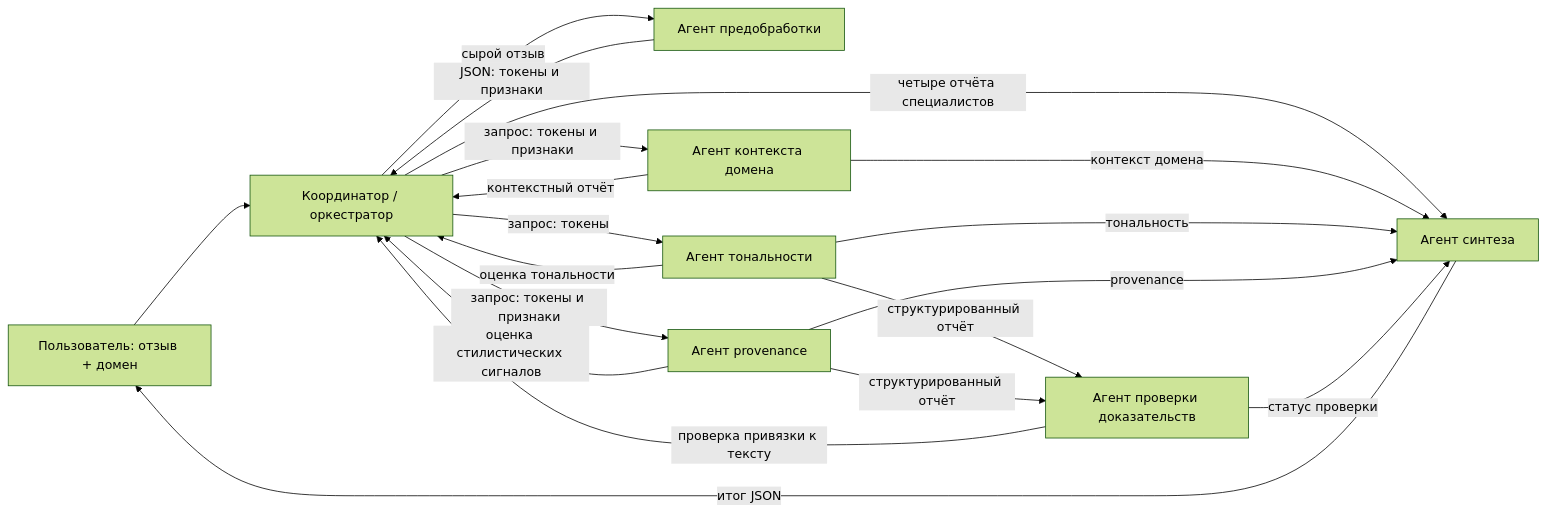
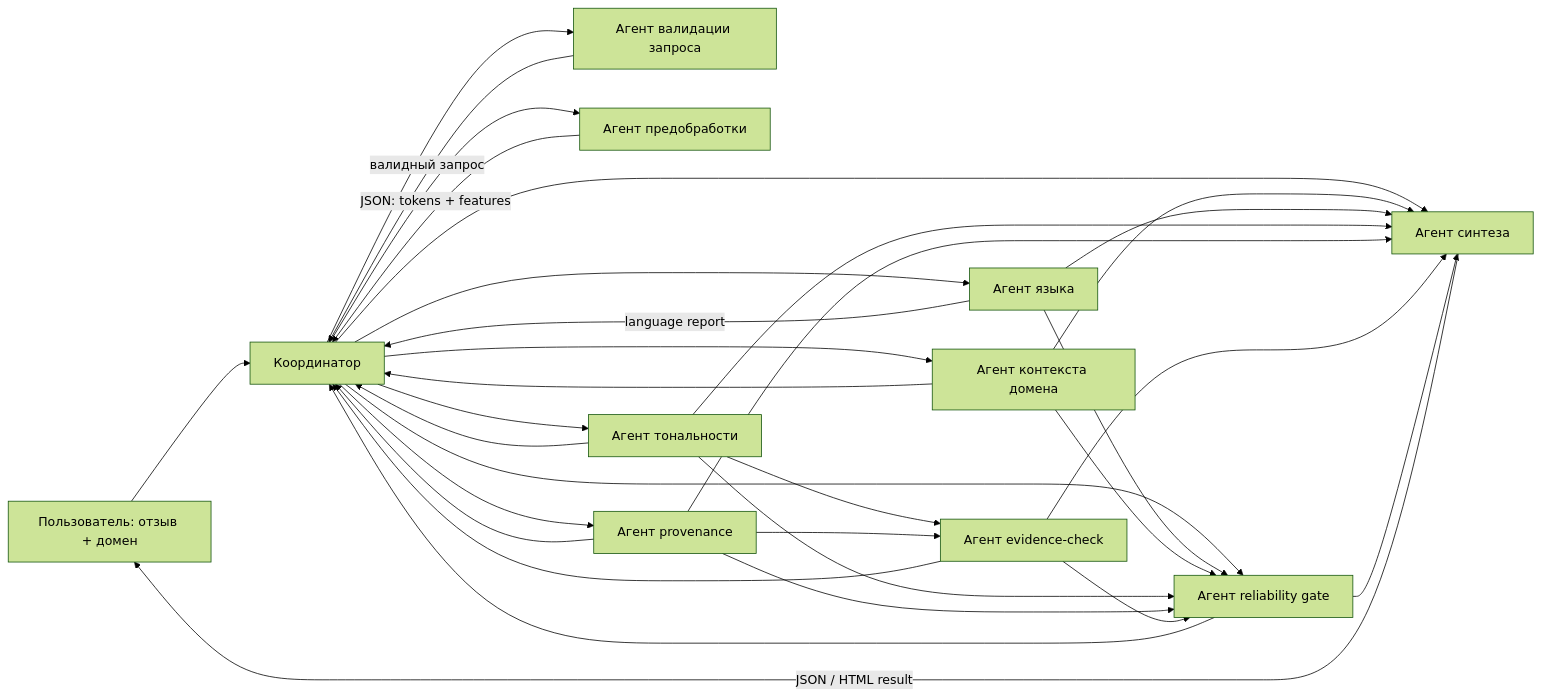
Before and after one commit to Svoppy/multi-agent-system: the diagram in docs/architecture.md, drawn with Mermaid (forest theme). The commit also changed other lines of this file and 31 other files, not shown here.

````diff
--- a/docs/architecture.md
+++ b/docs/architecture.md
@@ -13,21 +13,34 @@
 ```mermaid
 flowchart LR
-    U[Пользователь: отзыв + домен] --> O[Координатор / оркестратор]
-    O -->|сырой отзыв| R[Агент предобработки]
-    R -->|JSON: токены и признаки| O
-    O -->|запрос: токены и признаки| C[Агент контекста домена]
-    O -->|запрос: токены| S[Агент тональности]
-    O -->|запрос: токены и признаки| P[Агент provenance]
-    C -->|контекстный отчёт| O
-    S -->|оценка тональности| O
-    P -->|оценка стилистических сигналов| O
-    S -->|структурированный отчёт| E[Агент проверки доказательств]
-    P -->|структурированный отчёт| E
-    E -->|проверка привязки к тексту| O
-    O -->|четыре отчёта специалистов| Y[Агент синтеза]
-    C -->|контекст домена| Y
-    S -->|тональность| Y
-    P -->|provenance| Y
-    E -->|статус проверки| Y
-    Y -->|итог JSON| U
+    U[Пользователь: отзыв + домен] --> O[Координатор]
+    O --> V[Агент валидации запроса]
+    V -->|валидный запрос| O
+    O --> P[Агент предобработки]
+    P -->|JSON: tokens + features| O
+    O --> L[Агент языка]
+    L -->|language report| O
+    O --> C[Агент контекста домена]
+    O --> S[Агент тональности]
+    O --> G[Агент provenance]
+    C --> O
+    S --> O
+    G --> O
+    S --> E[Агент evidence-check]
+    G --> E
+    E --> O
+    O --> R[Агент reliability gate]
+    L --> R
+    C --> R
+    S --> R
+    G --> R
+    E --> R
+    R --> O
+    O --> Y[Агент синтеза]
+    C --> Y
+    L --> Y
+    S --> Y
+    G --> Y
+    E --> Y
+    R --> Y
+    Y -->|JSON / HTML result| U
 ```
````
